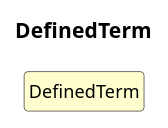
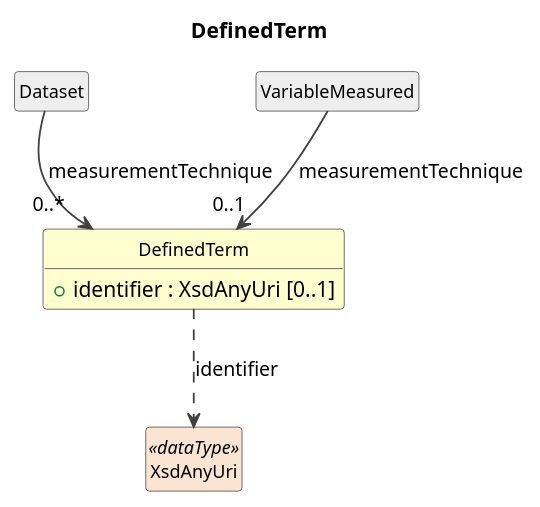
The diagram in cdif-uml-model/cdifDiscovery/Classes/DefinedTerm.pu (Cross-Domain-Interoperability-Framework/metadataBuildingBlocks), drawn with PlantUML before and after one commit. The commit also changed 466 other files, not shown here.

First line of the commit message:
cdif-uml-model: regen for cdifDiscovery split (module + composites)

```diff
--- a/cdif-uml-model/cdifDiscovery/Classes/DefinedTerm.pu
+++ b/cdif-uml-model/cdifDiscovery/Classes/DefinedTerm.pu
@@ -1,15 +1,23 @@
 @startuml
 title DefinedTerm
 hide circle
 hide empty members
 skinparam shadowing false
 skinparam ArrowThickness 1.2
 skinparam class {
   ArrowColor #404040
   BorderColor #404040
   FontSize 12
 }
 
-class "DefinedTerm" as DefinedTerm #FEFECE
+class "DefinedTerm" as DefinedTerm #FEFECE {
+  +identifier : XsdAnyUri [0..1]
+}
+class "Dataset" as Dataset #EEEEEE
+Dataset --> "0..*" DefinedTerm : measurementTechnique
+class "VariableMeasured" as VariableMeasured #EEEEEE
+VariableMeasured --> "0..1" DefinedTerm : measurementTechnique
+class "XsdAnyUri" as XsdAnyUri <<dataType>> #FAE5D3
+DefinedTerm ..> XsdAnyUri : identifier
 
 @enduml
```
